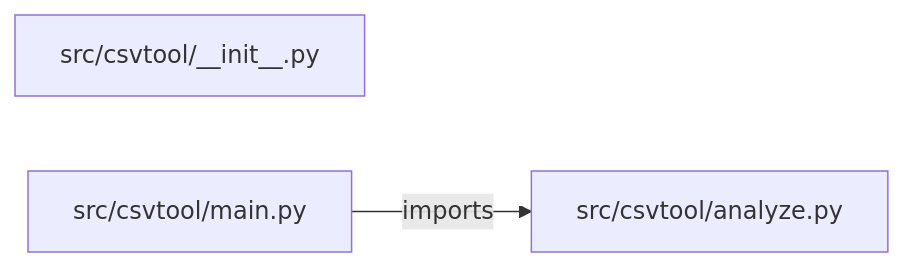
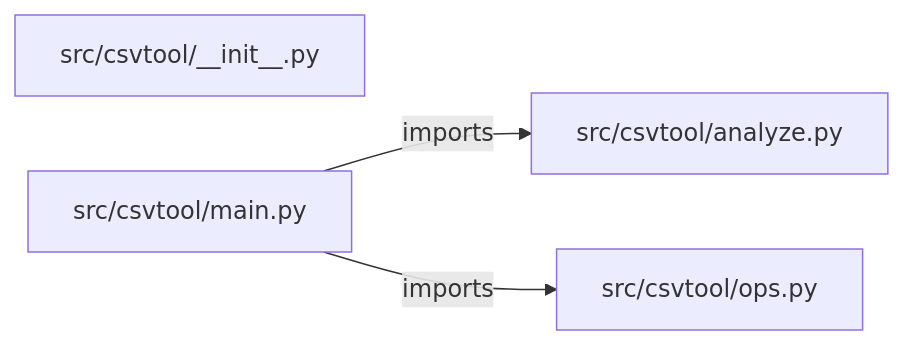
The diagram in PROJECT_ARCHITECTURE.md (iarsingh/csv-data-analyzer), drawn with Mermaid before and after one commit. The commit also changed other lines of this file and 2 other files, not shown here.

Commit message:
Refresh architecture and interview guides from current implementation

````diff
--- a/PROJECT_ARCHITECTURE.md
+++ b/PROJECT_ARCHITECTURE.md
@@ -13,7 +13,9 @@
 ```mermaid
 flowchart LR
     M0["src/csvtool/__init__.py"]
     M1["src/csvtool/analyze.py"]
     M2["src/csvtool/main.py"]
+    M3["src/csvtool/ops.py"]
     M2 -->|imports| M1
+    M2 -->|imports| M3
 ```
````
